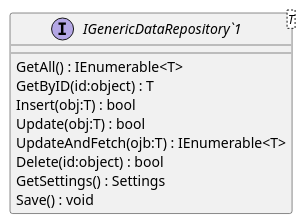
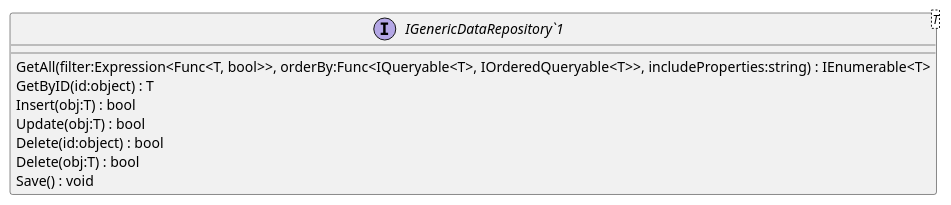
The diagram in YouthActionDotNet/UML/DAL/Interfaces/IGenericDataRepository.puml (timothxy/ICT2106_P3_Project), drawn with PlantUML before and after one commit. The commit also changed 22 other files, not shown here.

```diff
--- a/YouthActionDotNet/UML/DAL/Interfaces/IGenericDataRepository.puml
+++ b/YouthActionDotNet/UML/DAL/Interfaces/IGenericDataRepository.puml
@@ -1,12 +1,11 @@
 @startuml
 interface "IGenericDataRepository`1"<T> {
-    GetAll() : IEnumerable<T>
+    GetAll(filter:Expression<Func<T, bool>>, orderBy:Func<IQueryable<T>, IOrderedQueryable<T>>, includeProperties:string) : IEnumerable<T>
     GetByID(id:object) : T
     Insert(obj:T) : bool
     Update(obj:T) : bool
-    UpdateAndFetch(ojb:T) : IEnumerable<T>
     Delete(id:object) : bool
-    GetSettings() : Settings
+    Delete(obj:T) : bool
     Save() : void
 }
 @enduml
```
